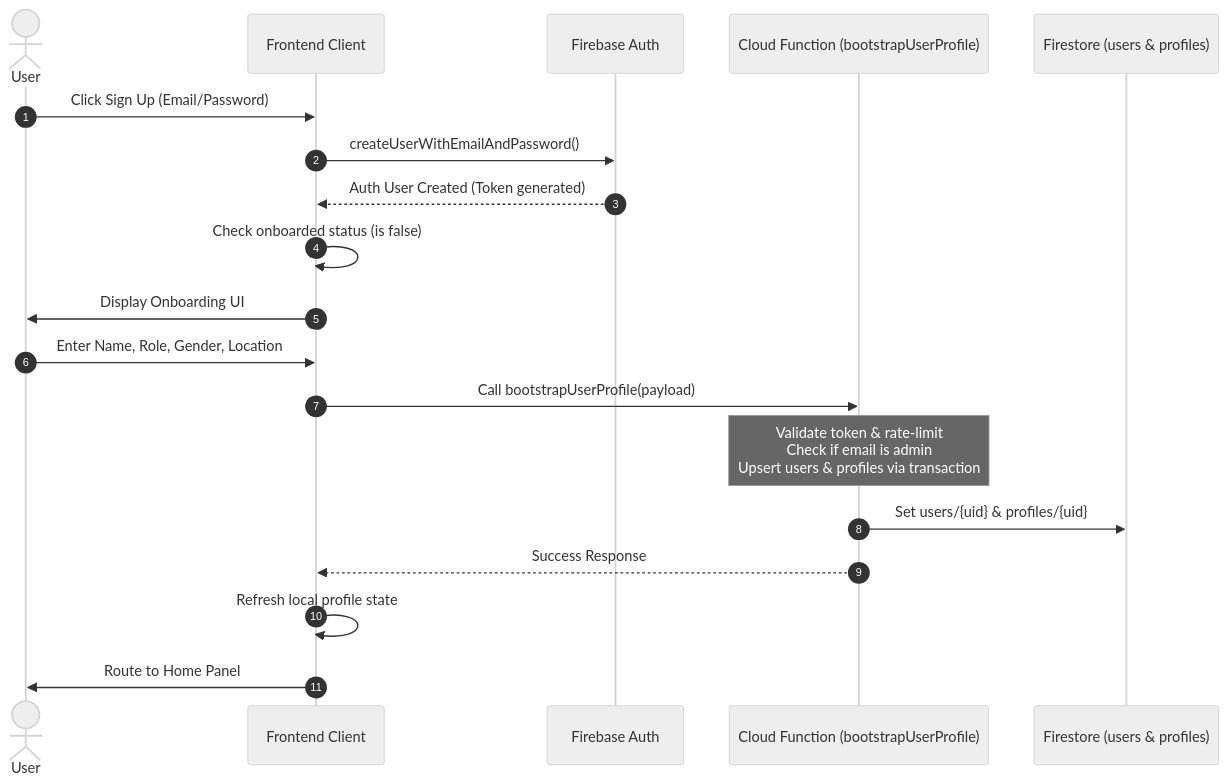
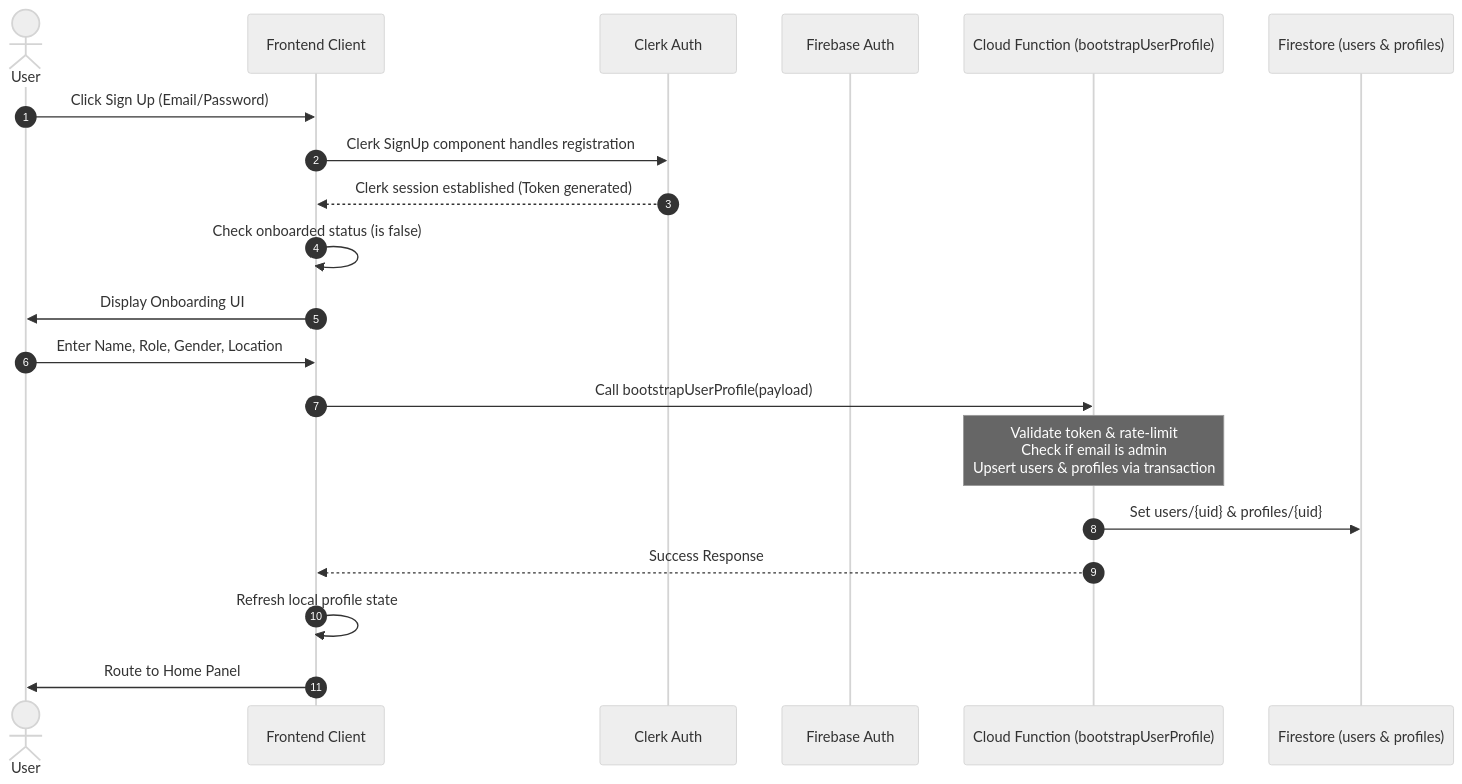
The second of 4 diagrams in NepalCasts/brain.md (aniltimilsena/NC-NETWOTK), drawn with Mermaid (neutral theme) before and after one commit. The commit also changed other lines of this file and 44 other files, not shown here.

````diff
--- a/NepalCasts/brain.md
+++ b/NepalCasts/brain.md
@@ -108,22 +116,23 @@
 ```mermaid
 sequenceDiagram
     autonumber
     actor User
     participant App as Frontend Client
+    participant Clerk as Clerk Auth
     participant Auth as Firebase Auth
     participant Func as Cloud Function (bootstrapUserProfile)
     participant DB as Firestore (users & profiles)
 
     User->>App: Click Sign Up (Email/Password)
-    App->>Auth: createUserWithEmailAndPassword()
-    Auth-->>App: Auth User Created (Token generated)
+    App->>Clerk: Clerk SignUp component handles registration
+    Clerk-->>App: Clerk session established (Token generated)
     App->>App: Check onboarded status (is false)
     App->>User: Display Onboarding UI
     User->>App: Enter Name, Role, Gender, Location
     App->>Func: Call bootstrapUserProfile(payload)
     Note over Func: Validate token & rate-limit<br/>Check if email is admin<br/>Upsert users & profiles via transaction
     Func->>DB: Set users/{uid} & profiles/{uid}
     Func-->>App: Success Response
     App->>App: Refresh local profile state
     App->>User: Route to Home Panel
 ```
````
